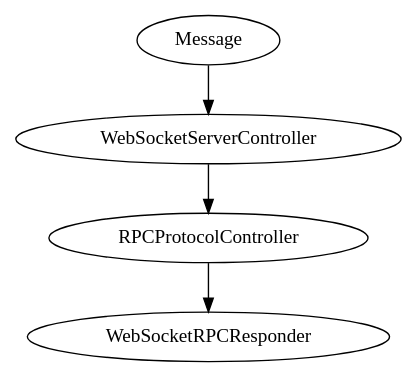
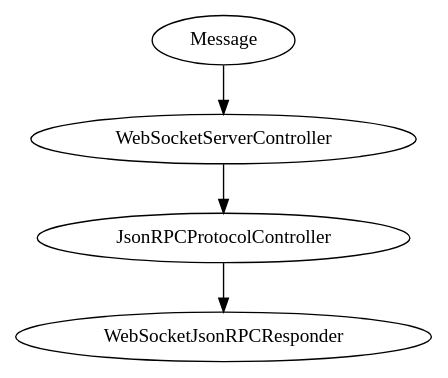
The diagram in docs/pages/docs/features/websockets/protocols.md (distantmagic/resonance), drawn with Graphviz before and after one commit. The commit also changed other lines of this file and 29 other files, not shown here.

````diff
--- a/docs/pages/docs/features/websockets/protocols.md
+++ b/docs/pages/docs/features/websockets/protocols.md
@@ -16,9 +16,9 @@
 ```graphviz render
 digraph { 
     Message 
         -> WebSocketServerController 
-        -> RPCProtocolController
-        -> WebSocketRPCResponder
+        -> JsonRPCProtocolController
+        -> WebSocketJsonRPCResponder
     ;
 }
 ```
````
